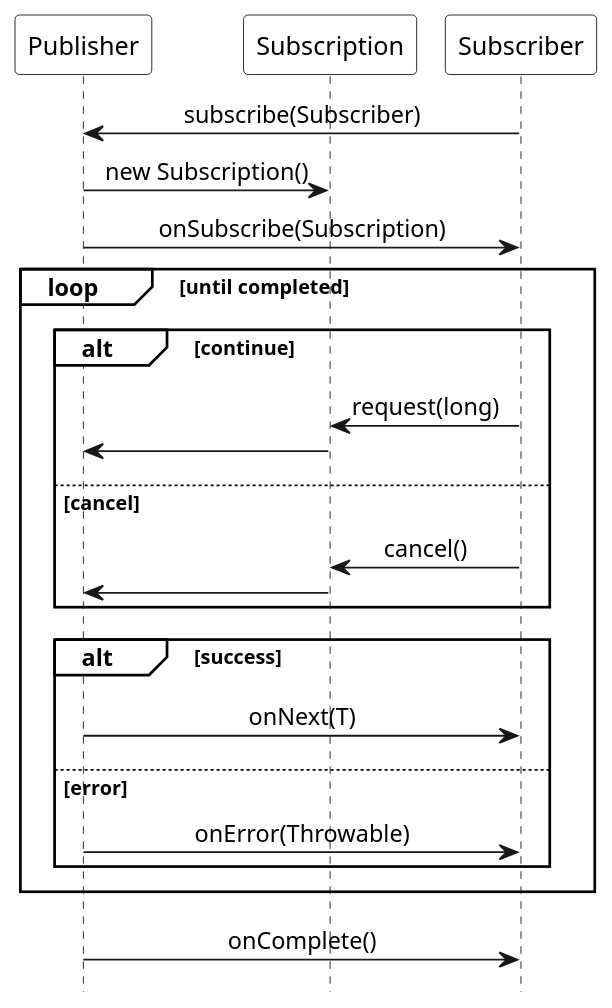
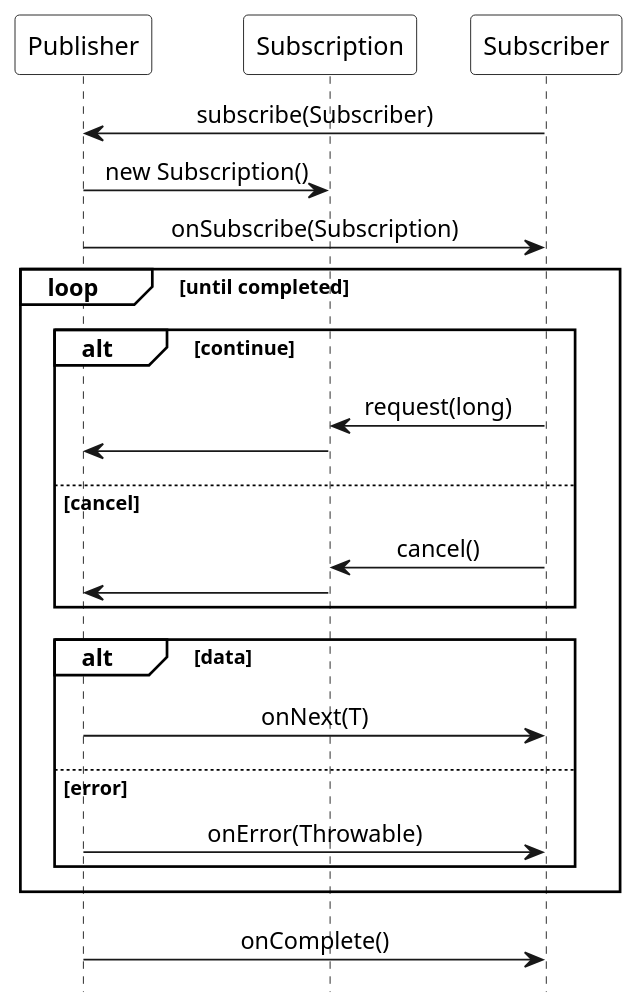
One commit to ti-cortex-m4/demo-java-reactive-streams-old changed the diagram in images/Reactive_Streams_workflow.puml. Above: the diagram before and after it, drawn with PlantUML. The commit also changed 1 other file, not shown here.

```diff
--- a/images/Reactive_Streams_workflow.puml
+++ b/images/Reactive_Streams_workflow.puml
@@ -1,42 +1,42 @@
 @startuml
 
 scale 1.2
-
 hide footbox
 
 !pragma teoz true
 
+skinparam participantPadding 10
 skinparam monochrome true
 skinparam defaultFontName Source Sans Pro
 skinparam sequenceMessageAlign center
 skinparam participantBackgroundColor #white
 skinparam noteBackgroundColor #white
 skinparam sequenceGroupBackgroundColor #white
 
 participant Publisher
 participant Subscription
 participant Subscriber
 
 Subscriber -> Publisher : subscribe(Subscriber)
 Publisher -> Subscription : new Subscription()
 Publisher -> Subscriber : onSubscribe(Subscription)
 
 loop until completed
     alt continue
         Subscriber -> Subscription : request(long)
         Subscription -> Publisher
     else cancel
         Subscriber -> Subscription : cancel()
         Subscription -> Publisher
     end
 
-    alt success
+    alt data
         Publisher -> Subscriber : onNext(T)
     else error
         Publisher -> Subscriber : onError(Throwable)
     end
 end
 
 Publisher -> Subscriber : onComplete()
 
 @enduml
```
